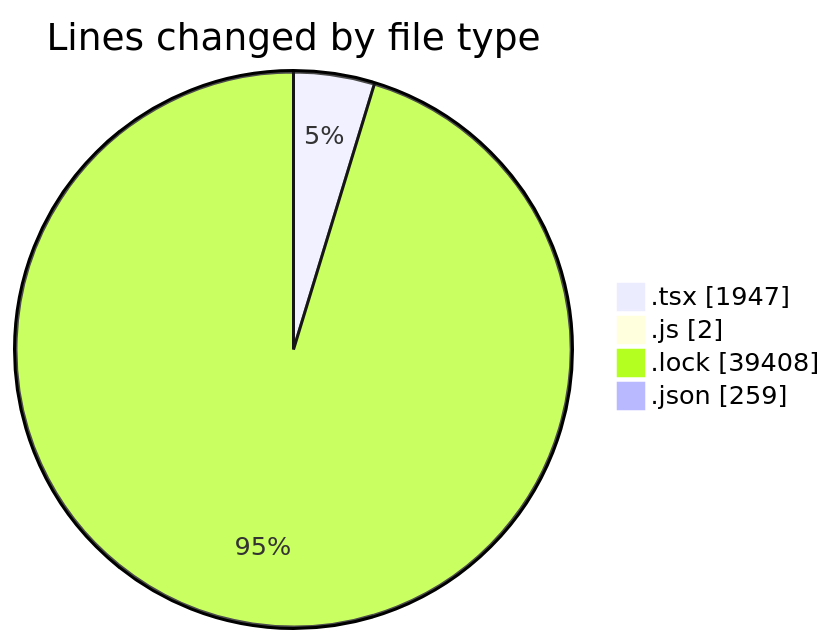
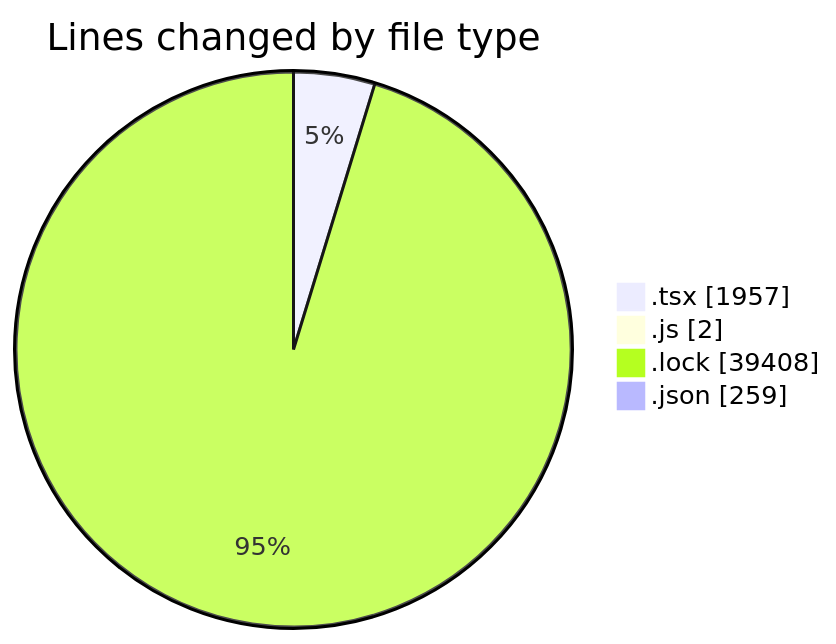
Before and after one commit to momahboobian/code-tracking: the first of 2 diagrams in 2026-05-15/cda/README.md, drawn with Mermaid. The commit also changed other lines of this file and 1 other file, not shown here.

````diff
--- a/2026-05-15/cda/README.md
+++ b/2026-05-15/cda/README.md
@@ -38,8 +38,8 @@
 ```mermaid
 pie showData
 title Lines changed by file type
-".tsx" : 1947
+".tsx" : 1957
 ".js" : 2
 ".lock" : 39408
 ".json" : 259
 ```
````
